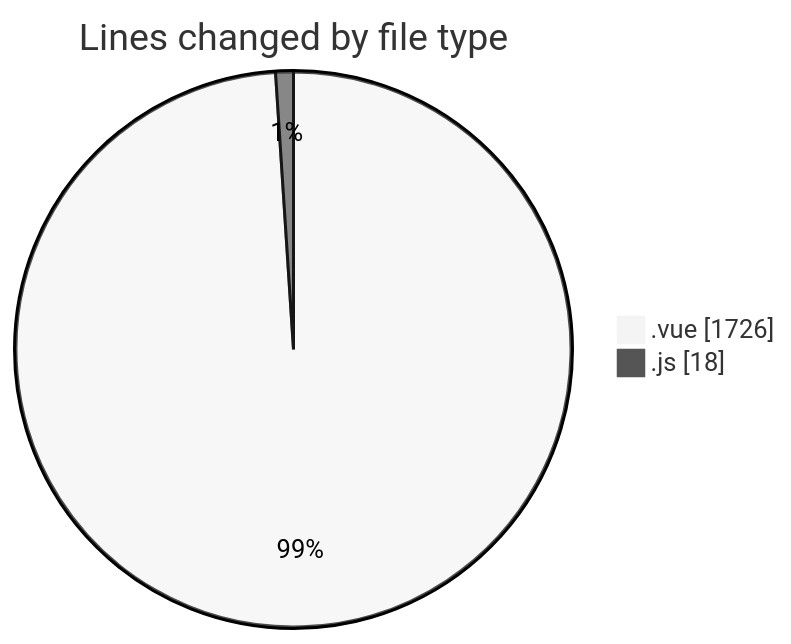
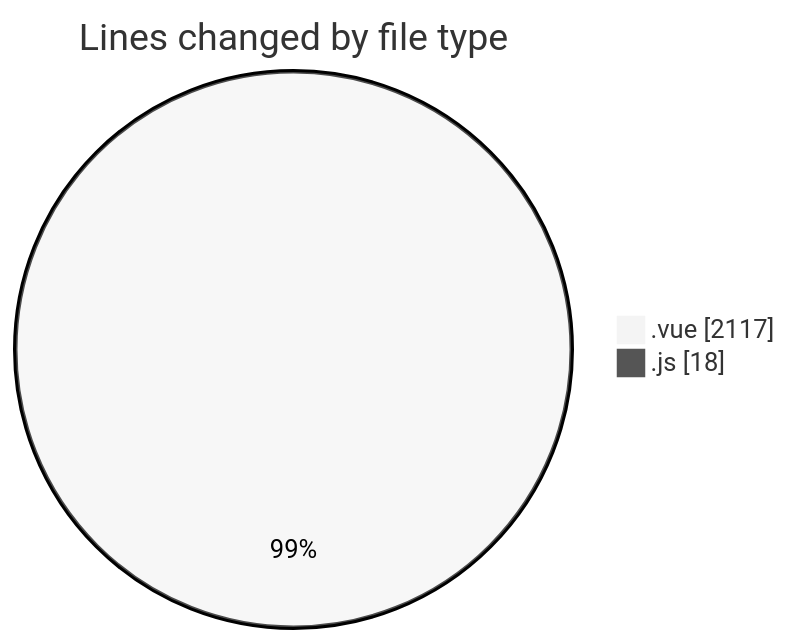
The first of 2 diagrams in 2025-08-13/rentotp/README.md (lephambinh05/code-tracking), drawn with Mermaid (neutral theme) before and after one commit. The commit also changed other lines of this file and 1 other file, not shown here.

````diff
--- a/2025-08-13/rentotp/README.md
+++ b/2025-08-13/rentotp/README.md
@@ -26,6 +28,6 @@
 ```mermaid
 pie showData
 title Lines changed by file type
-".vue" : 1726
+".vue" : 2117
 ".js" : 18
 ```
````
